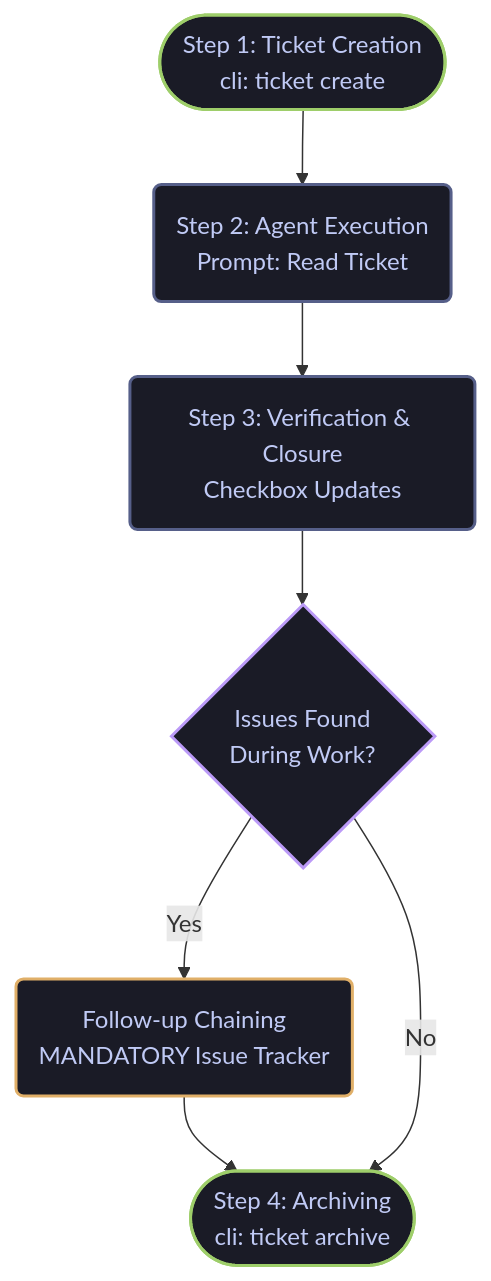
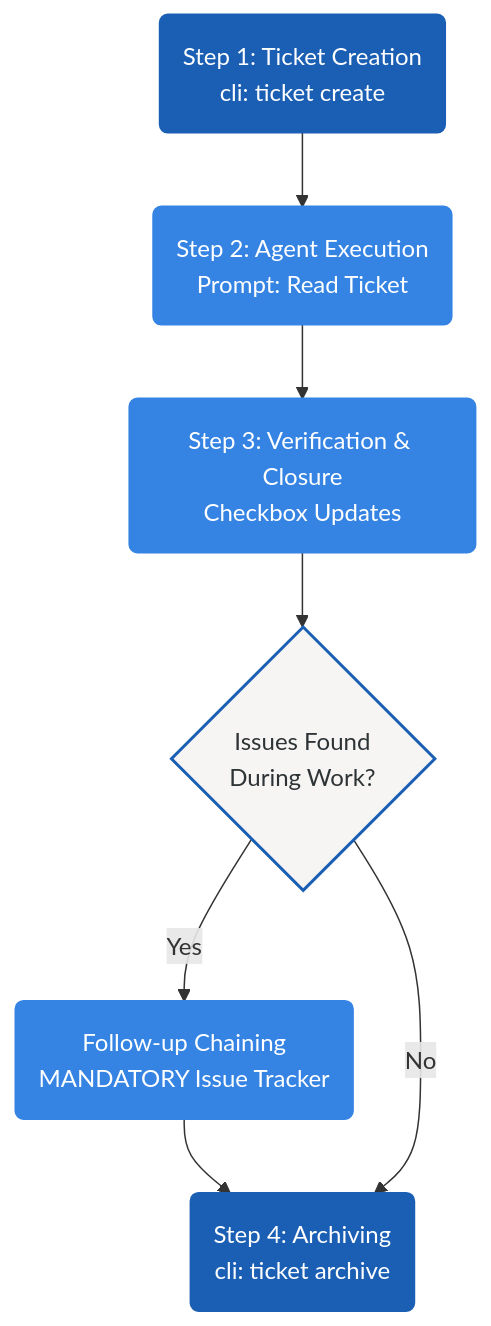
The diagram in README.ko.md (joygram/DeukAgentRules), drawn with Mermaid before and after one commit. The commit also changed 1 other file, not shown here.

Commit message:
docs: apply technical blue theme and fix stadium node syntax error for older mermaid parsers

````diff
--- a/README.ko.md
+++ b/README.ko.md
@@ -86,17 +86,16 @@
 ```mermaid
 graph TD
-    classDef default fill:#1a1b26,stroke:#a9b1d6,stroke-width:2px,color:#c0caf5,rx:5px,ry:5px;
-    classDef phase fill:#1a1b26,stroke:#565f89,stroke-width:2px,color:#c0caf5;
-    classDef decision fill:#1a1b26,stroke:#bb9af7,stroke-width:2px,color:#c0caf5;
-    classDef action fill:#1a1b26,stroke:#9ece6a,stroke-width:2px,color:#c0caf5;
-    classDef highlight fill:#1a1b26,stroke:#e0af68,stroke-width:2px,color:#c0caf5;
+    %% Technical Blue (Professional & Trust)
+    classDef default fill:#f6f5f4,stroke:#1a5fb4,stroke-width:2px,color:#2e3436,rx:5px,ry:5px;
+    classDef main fill:#1a5fb4,stroke:#1a5fb4,stroke-width:2px,color:#ffffff;
+    classDef sub fill:#3584e4,stroke:#3584e4,stroke-width:2px,color:#ffffff;
 
-    A([Step 1: Ticket Creation<br>cli: ticket create]):::action --> B(Step 2: Agent Execution<br>Prompt: Read Ticket):::phase
-    B --> C(Step 3: Verification & Closure<br>Checkbox Updates):::phase
+    A(Step 1: Ticket Creation<br>cli: ticket create):::main --> B(Step 2: Agent Execution<br>Prompt: Read Ticket):::sub
+    B --> C(Step 3: Verification & Closure<br>Checkbox Updates):::sub
     
-    C --> D{Issues Found<br>During Work?}:::decision
+    C --> D{Issues Found<br>During Work?}:::default
     
-    D -->|Yes| E(Follow-up Chaining<br>MANDATORY Issue Tracker):::highlight
-    E --> F([Step 4: Archiving<br>cli: ticket archive]):::action
+    D -->|Yes| E(Follow-up Chaining<br>MANDATORY Issue Tracker):::sub
+    E --> F(Step 4: Archiving<br>cli: ticket archive):::main
     D -->|No| F
 ```
````
